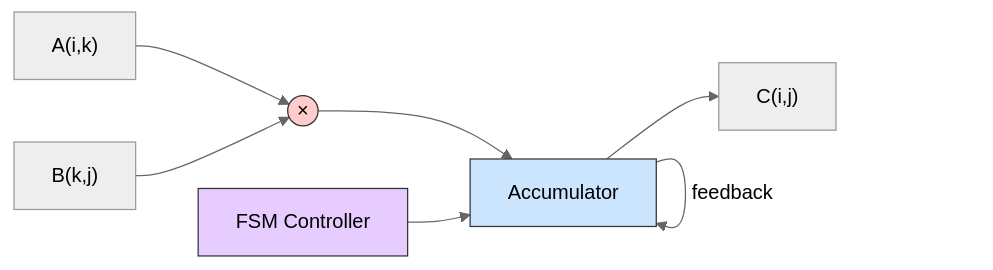
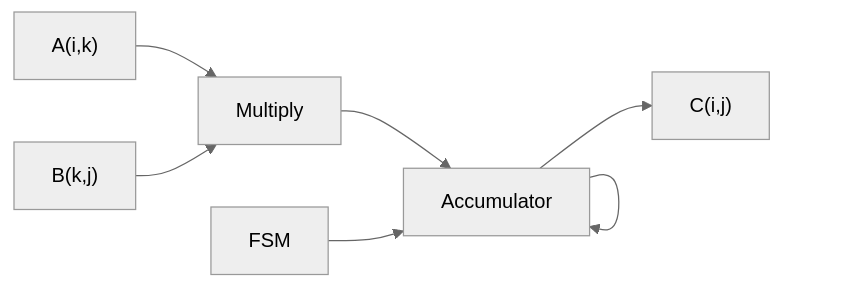
The first of 3 diagrams in README.md (siddhaantxsingh/Comparative-Analysis-Of-Different-Kind-of-Matrix-Multipliers-Using-Verilog), drawn with Mermaid (neutral theme) before and after one commit. The commit also changed other lines of this file, not shown here.

````diff
--- a/README.md
+++ b/README.md
@@ -43,13 +43,9 @@
 ```mermaid
 flowchart LR
-    classDef mul fill:#ffcccb,stroke:#333;
-    classDef acc fill:#cce5ff,stroke:#333;
-    classDef ctrl fill:#e6ccff,stroke:#333;
-
-    A["A(i,k)"] --> M((×)):::mul
+    A["A(i,k)"] --> M["Multiply"]
     B["B(k,j)"] --> M
-    M --> ACC["Accumulator"]:::acc
-    ACC -->|feedback| ACC
-    FSM["FSM Controller"]:::ctrl --> ACC
+    M --> ACC["Accumulator"]
+    ACC --> ACC
+    FSM["FSM"] --> ACC
     ACC --> OUT["C(i,j)"]
 ```
````
